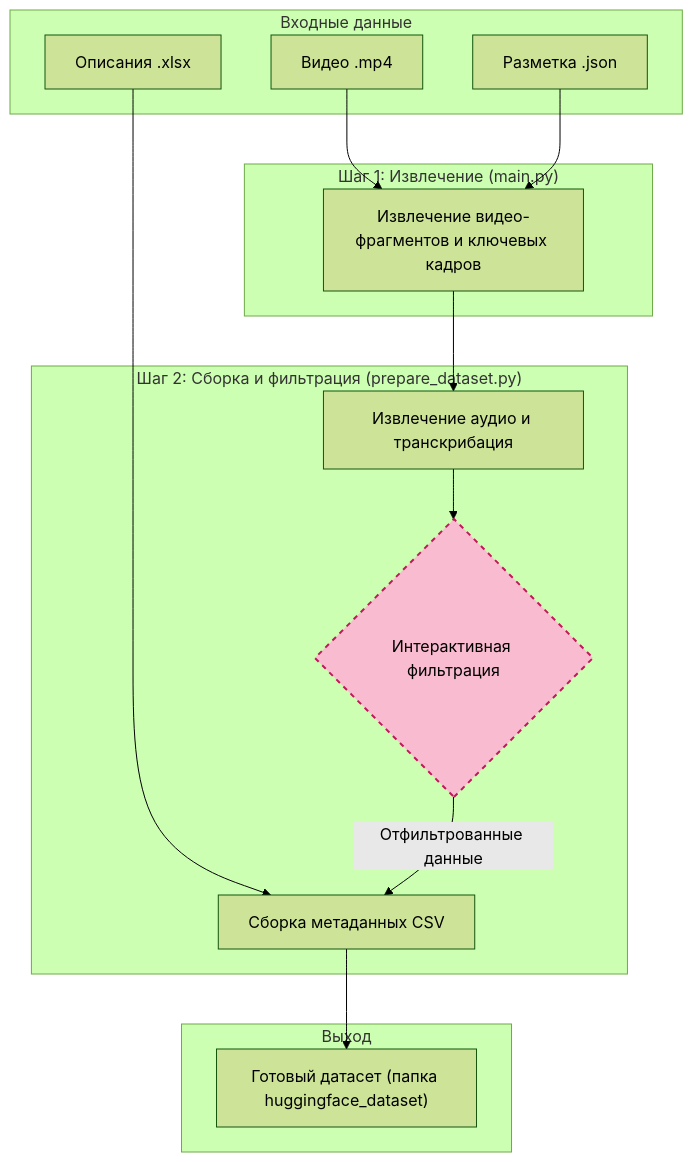
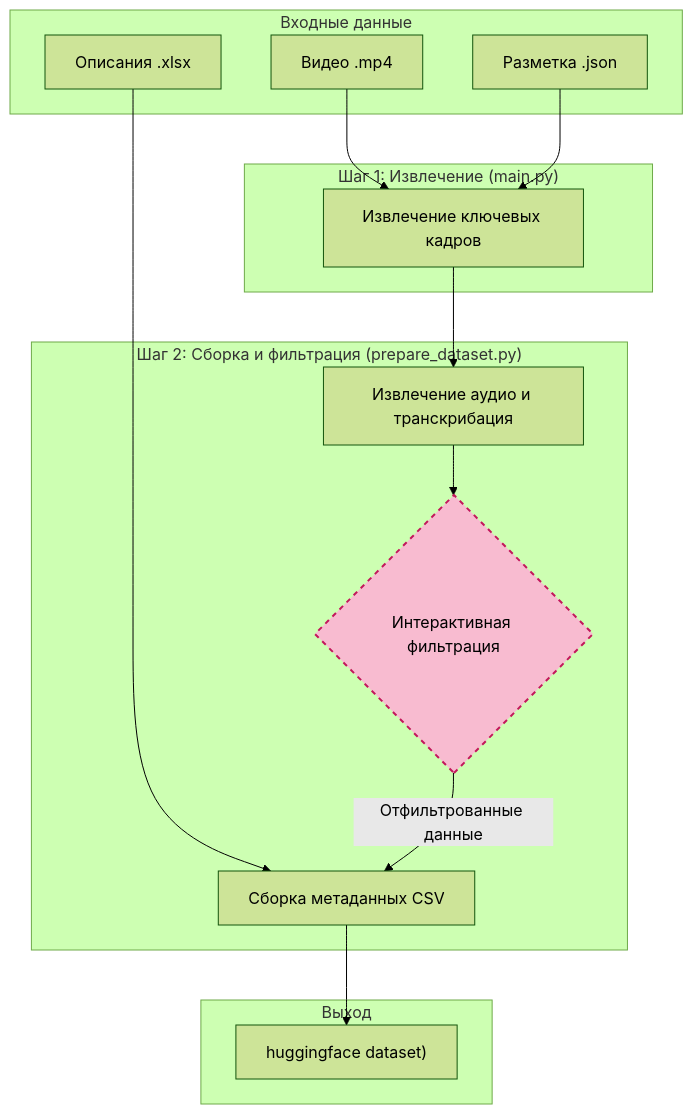
The second of 3 diagrams in readme.md (BosenkoTM/ppi_mgpu), drawn with Mermaid (forest theme) before and after one commit. The commit also changed other lines of this file, not shown here.

````diff
--- a/readme.md
+++ b/readme.md
@@ -78,31 +78,31 @@
 ```mermaid
 graph TD
     subgraph "Входные данные"
         A["Видео .mp4"]
         B["Разметка .json"]
         C["Описания .xlsx"]
     end
 
     subgraph "Шаг 1: Извлечение (main.py)"
-        D["Извлечение видео-фрагментов и ключевых кадров"]
+        D["Извлечение ключевых кадров"]
     end
 
     subgraph "Шаг 2: Сборка и фильтрация (prepare_dataset.py)"
         F["Извлечение аудио и транскрибация"]
         G{"Интерактивная фильтрация"}
         H["Сборка метаданных CSV"]
     end
     
     subgraph "Выход"
-        I["Готовый датасет (папка huggingface_dataset)"]
+        I["huggingface dataset)"]
     end
 
     A & B --> D
     D --> F
     C --> H
     F --> G
     G -- "Отфильтрованные данные" --> H
     H --> I
 
     style G fill:#f8bbd0,stroke:#c2185b,stroke-width:2px,stroke-dasharray: 5 5
 ```
````
